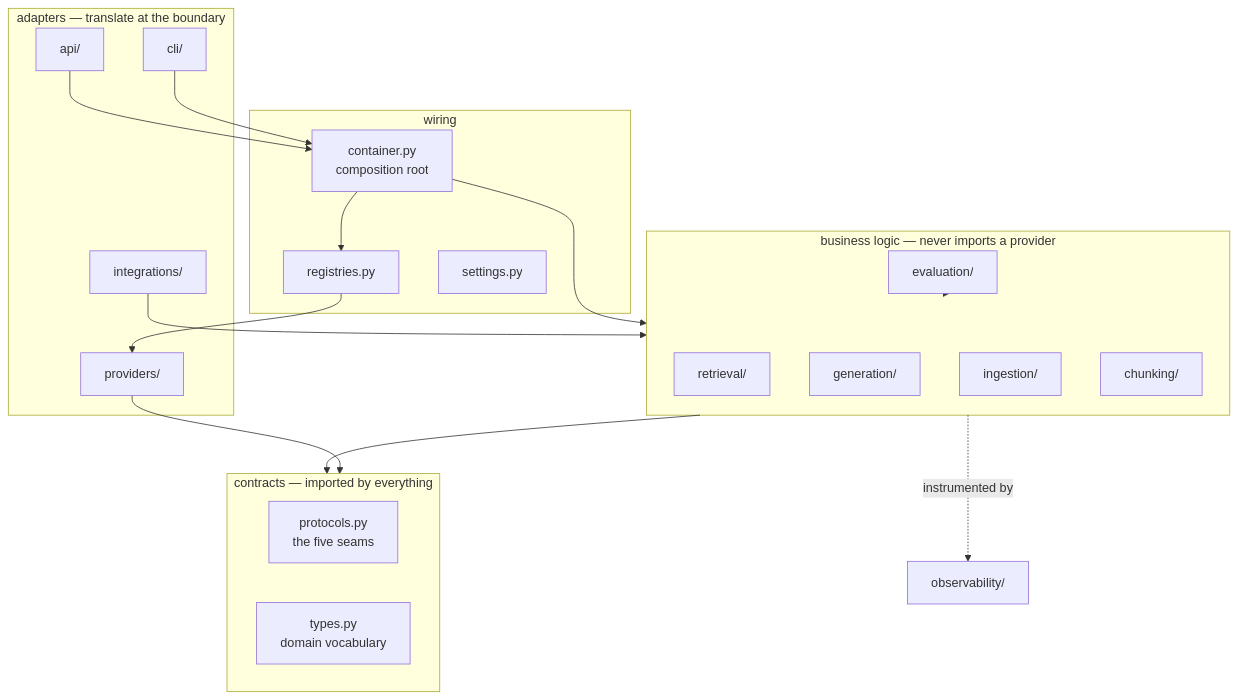
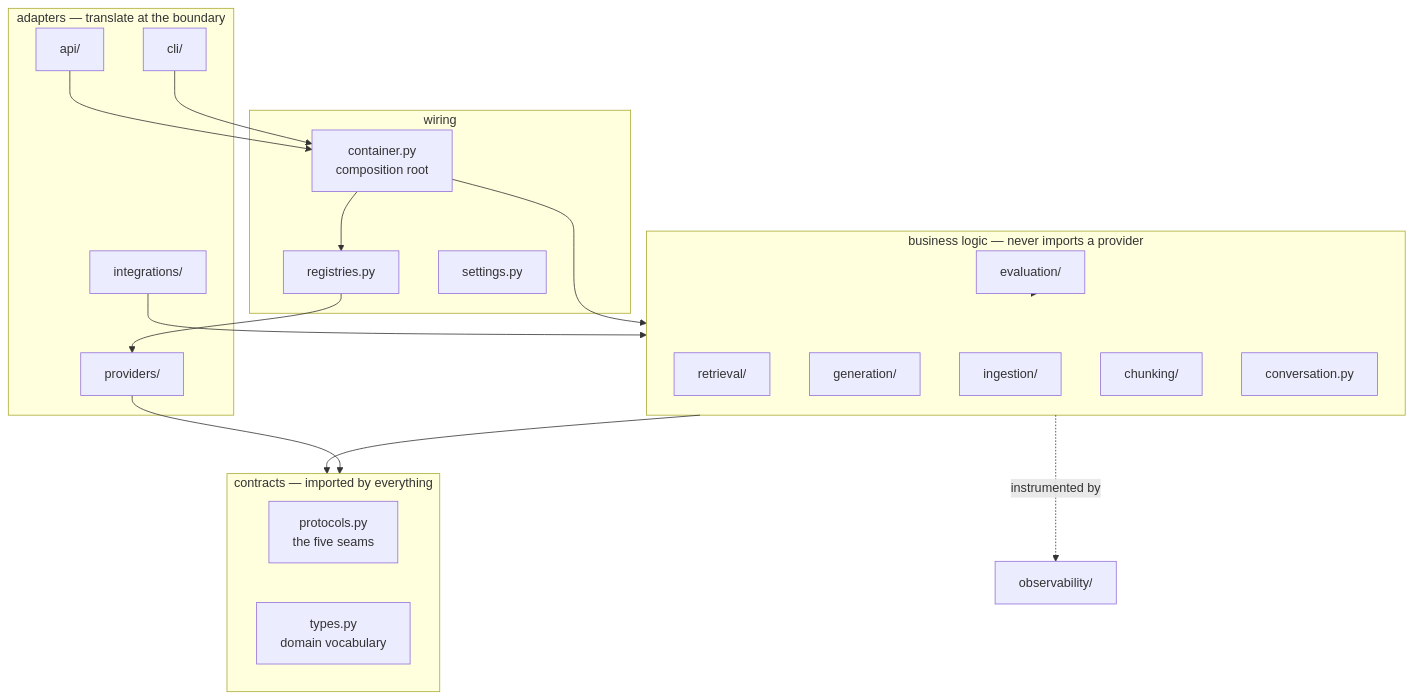
Before and after one commit to MokshDX/OSC-Chatbot: the third of 3 diagrams in docs/engineering/architecture/overview.md, drawn with Mermaid. The commit also changed other lines of this file and 365 other files, not shown here.

First line of the commit message:
feat: conversational memory, schema-first corpus, mature evaluation system

````diff
--- a/docs/engineering/architecture/overview.md
+++ b/docs/engineering/architecture/overview.md
@@ -96,41 +101,42 @@
 ```mermaid
 graph TD
     subgraph contracts [contracts — imported by everything]
         PR[protocols.py<br/>the five seams]
         TY[types.py<br/>domain vocabulary]
     end
 
     subgraph logic [business logic — never imports a provider]
         RE[retrieval/]
         GN[generation/]
         IN[ingestion/]
         CH[chunking/]
+        CV[conversation.py]
         EV[evaluation/]
     end
 
     subgraph wiring
         CO[container.py<br/>composition root]
         RG[registries.py]
         ST[settings.py]
     end
 
     subgraph edges [adapters — translate at the boundary]
         PV[providers/]
         API[api/]
         CLI[cli/]
         IT[integrations/]
     end
 
     OB[observability/]
 
     logic --> contracts
     PV --> contracts
     CO --> RG
     CO --> logic
     RG --> PV
     API --> CO
     CLI --> CO
     EV --> logic
     IT --> logic
     logic -.instrumented by.-> OB
 ```
````
